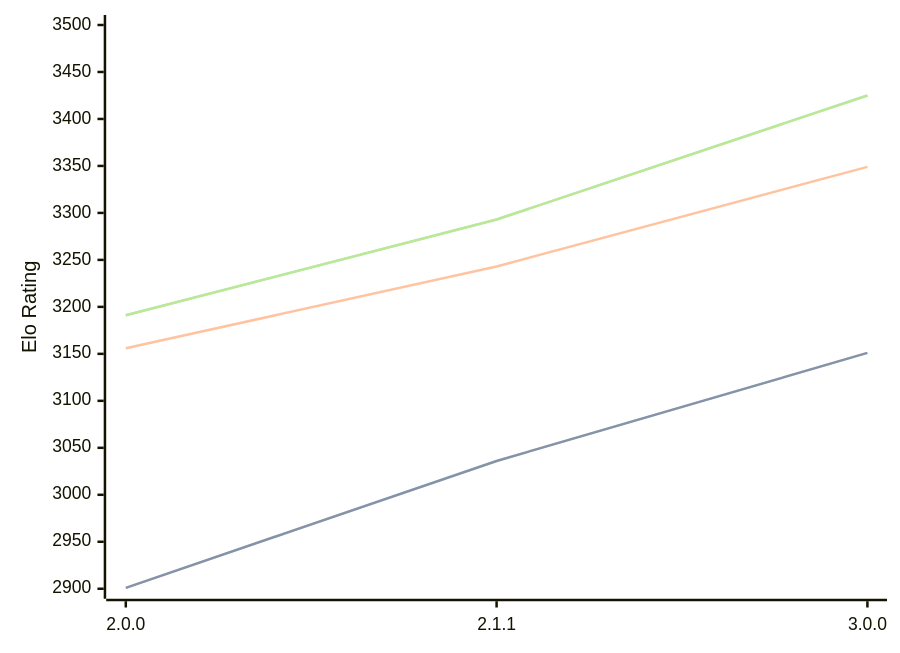
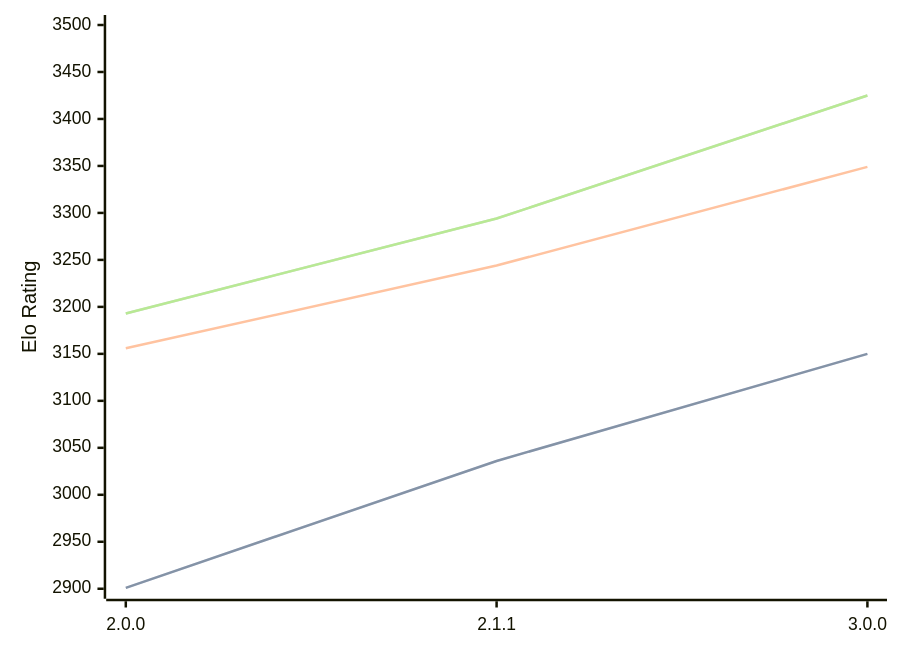
The diagram in engines/Bread.md (computer-chess-index/cci), drawn with Mermaid before and after one commit. The commit also changed other lines of this file, not shown here.

Commit message:
Update CCI Ratings (ELO VLTC) - 2026-04-19

````diff
--- a/engines/Bread.md
+++ b/engines/Bread.md
@@ -51,11 +51,11 @@
 ```mermaid
 %%{init: {"theme":"base","themeVariables":{"seriesColors:['#a3a3a3','#222221','#faa371']}}}%%
 xychart-beta
   x-axis ["2.0.0", "2.1.1", "3.0.0"]
   y-axis "Elo Rating" 2900 --> 3500
-  line "STC (8.0+0.08s)" [2901, 3036, 3151]
-  line "STC (8.0+0.08s)" [2901, 3036, 3151]
-  line "LTC (60.0+0.60s)" [3156, 3243, 3349]
-  line "VLTC (2m24s+1.12s)" [3191, 3293, 3425]
-  line "VLTC (2m24s+1.12s)" [3191, 3293, 3425]
+  line "STC (8.0+0.08s)" [2901, 3036, 3150]
+  line "STC (8.0+0.08s)" [2901, 3036, 3150]
+  line "LTC (60.0+0.60s)" [3156, 3244, 3349]
+  line "VLTC (2m24s+1.12s)" [3193, 3294, 3425]
+  line "VLTC (2m24s+1.12s)" [3193, 3294, 3425]
 ```
````
